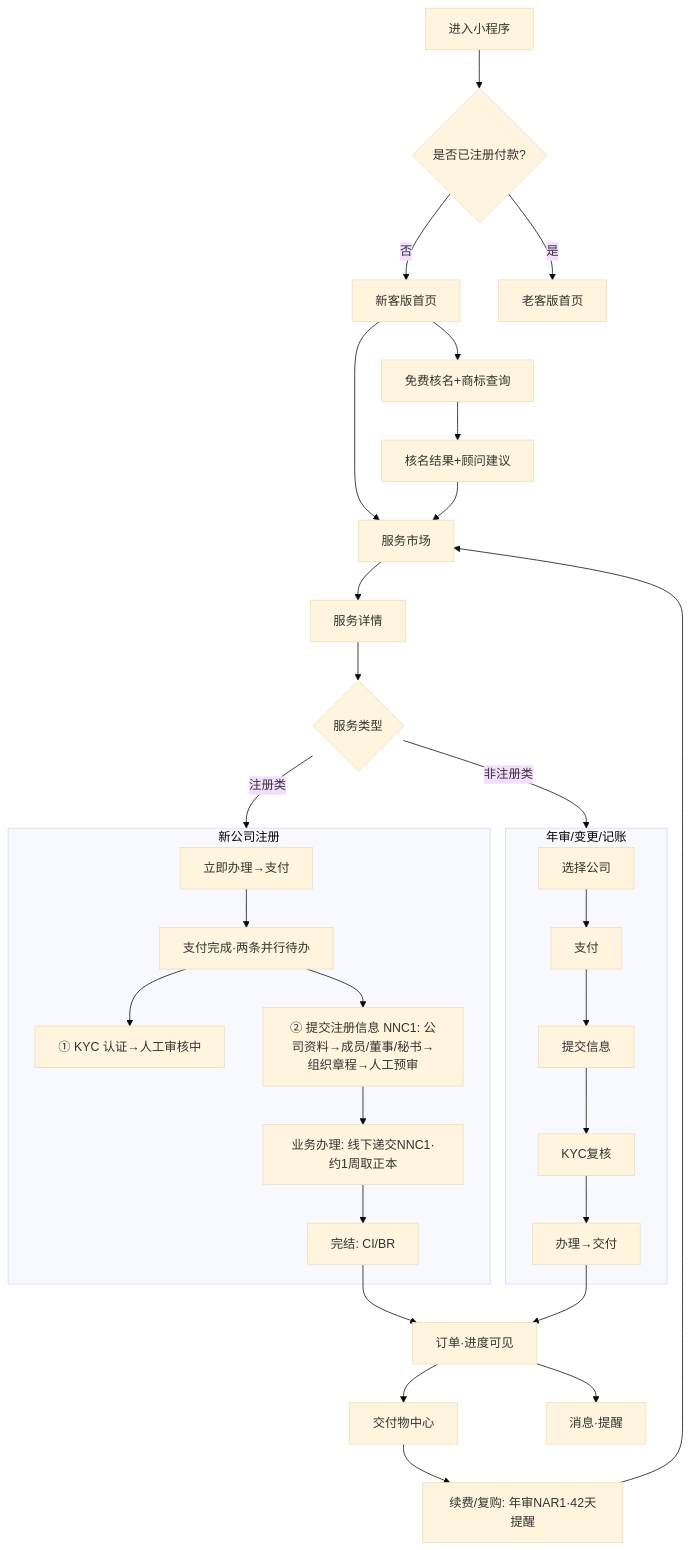
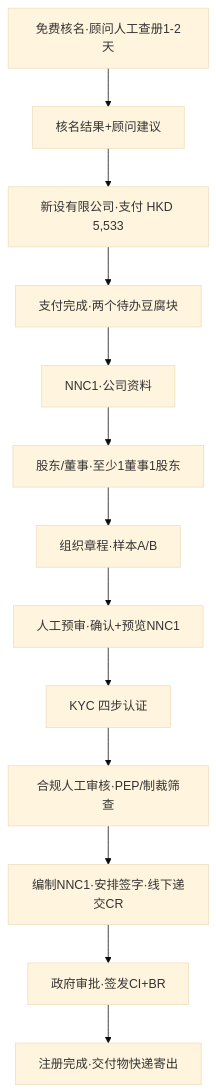
One commit to xiahan3/leapex_Leapexbiz changed the eighth of 10 diagrams in docs/PRD_小程序完整版_v1.0.md. Above: the diagram before and after it, drawn with Mermaid (base theme). The commit also changed other lines of this file and 2 other files, not shown here.

````diff
--- a/docs/PRD_小程序完整版_v1.0.md
+++ b/docs/PRD_小程序完整版_v1.0.md
@@ -171,35 +284,15 @@
 ```mermaid
 flowchart TD
-  Start[进入小程序] --> Persona{是否已注册付款?}
-  Persona -->|否| NewHome[新客版首页]
-  Persona -->|是| OldHome[老客版首页]
-
-  NewHome --> Hook[免费核名+商标查询]
-  Hook --> Result[核名结果+顾问建议]
-  NewHome --> Market[服务市场]
-  Result --> Market
-  Market --> Detail[服务详情]
-
-  Detail --> Type{服务类型}
-  Type -->|注册类| Reg流程
-  Type -->|非注册类| Svc流程
-
-  subgraph Reg流程[新公司注册]
-    R1[立即办理→支付] --> R2[支付完成·两条并行待办]
-    R2 --> RK[① KYC 认证→人工审核中]
-    R2 --> R3[② 提交注册信息 NNC1: 公司资料→成员/董事/秘书→组织章程→人工预审]
-    R3 --> R6[业务办理: 线下递交NNC1·约1周取正本]
-    R6 --> R7[完结: CI/BR]
-  end
-
-  subgraph Svc流程[年审/变更/记账]
-    S1[选择公司] --> S2[支付] --> S3[提交信息] --> S4[KYC复核] --> S5[办理→交付]
-  end
-
-  R7 --> Order[订单·进度可见]
-  S5 --> Order
-  Order --> Deliver[交付物中心]
-  Order --> Msg[消息·提醒]
-  Deliver --> Renew[续费/复购: 年审NAR1·42天提醒]
-  Renew --> Market
+    A[免费核名·顾问人工查册1-2天] --> B[核名结果+顾问建议]
+    B --> C[新设有限公司·支付 HKD 5,533]
+    C --> D[支付完成·两个待办豆腐块]
+    D --> E1[NNC1·公司资料]
+    E1 --> E2[股东/董事·至少1董事1股东]
+    E2 --> E3[组织章程·样本A/B]
+    E3 --> E4[人工预审·确认+预览NNC1]
+    E4 --> F[KYC 四步认证]
+    F --> G[合规人工审核·PEP/制裁筛查]
+    G --> H[编制NNC1·安排签字·线下递交CR]
+    H --> I[政府审批·签发CI+BR]
+    I --> J[注册完成·交付物快递寄出]
 ```
````
